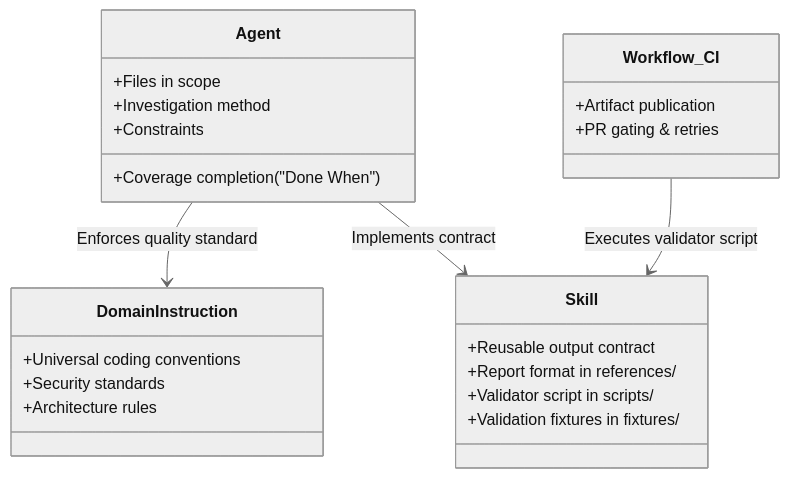
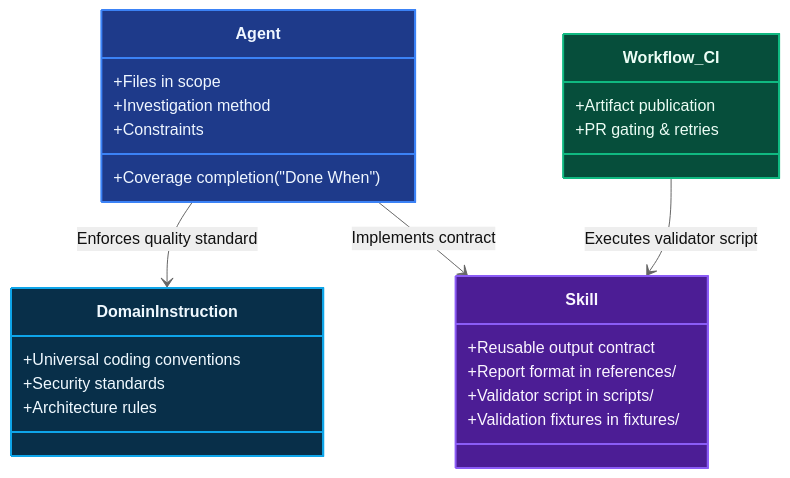
Before and after one commit to ALTEN-group/coding-pal: the fourth of 5 diagrams in website/docs/guide/persistent-context.md, drawn with Mermaid (neutral theme). The commit also changed other lines of this file and 8 other files, not shown here.

````diff
--- a/website/docs/guide/persistent-context.md
+++ b/website/docs/guide/persistent-context.md
@@ -171,41 +171,36 @@
 ```mermaid
 ---
 caption: The Golden Split Responsibility Matrix
 ---
 classDiagram
-    class Agent {
+    class Agent:::agent {
         +Files in scope
         +Investigation method
         +Constraints
         +Coverage completion ("Done When")
     }
-    class DomainInstruction {
+    class DomainInstruction:::instruction {
         +Universal coding conventions
         +Security standards
         +Architecture rules
     }
-    class Skill {
+    class Skill:::skill {
         +Reusable output contract
         +Report format in references/
         +Validator script in scripts/
         +Validation fixtures in fixtures/
     }
-    class Workflow_CI {
+    class Workflow_CI:::execution {
         +Artifact publication
         +PR gating & retries
     }
 
     Agent --> DomainInstruction : Enforces quality standard
     Agent --> Skill : Implements contract
     Workflow_CI --> Skill : Executes validator script
 
     classDef instruction fill:#082f49,stroke:#0ea5e9,stroke-width:2px,color:#f0f9ff;
     classDef agent fill:#1e3a8a,stroke:#3b82f6,stroke-width:2px,color:#eff6ff;
     classDef skill fill:#4c1d95,stroke:#8b5cf6,stroke-width:2px,color:#faf5ff;
     classDef execution fill:#064e3b,stroke:#10b981,stroke-width:2px,color:#ecfdf5;
-
-    cssClass "Agent" agent
-    cssClass "DomainInstruction" instruction
-    cssClass "Skill" skill
-    cssClass "Workflow_CI" execution
 ```
````
